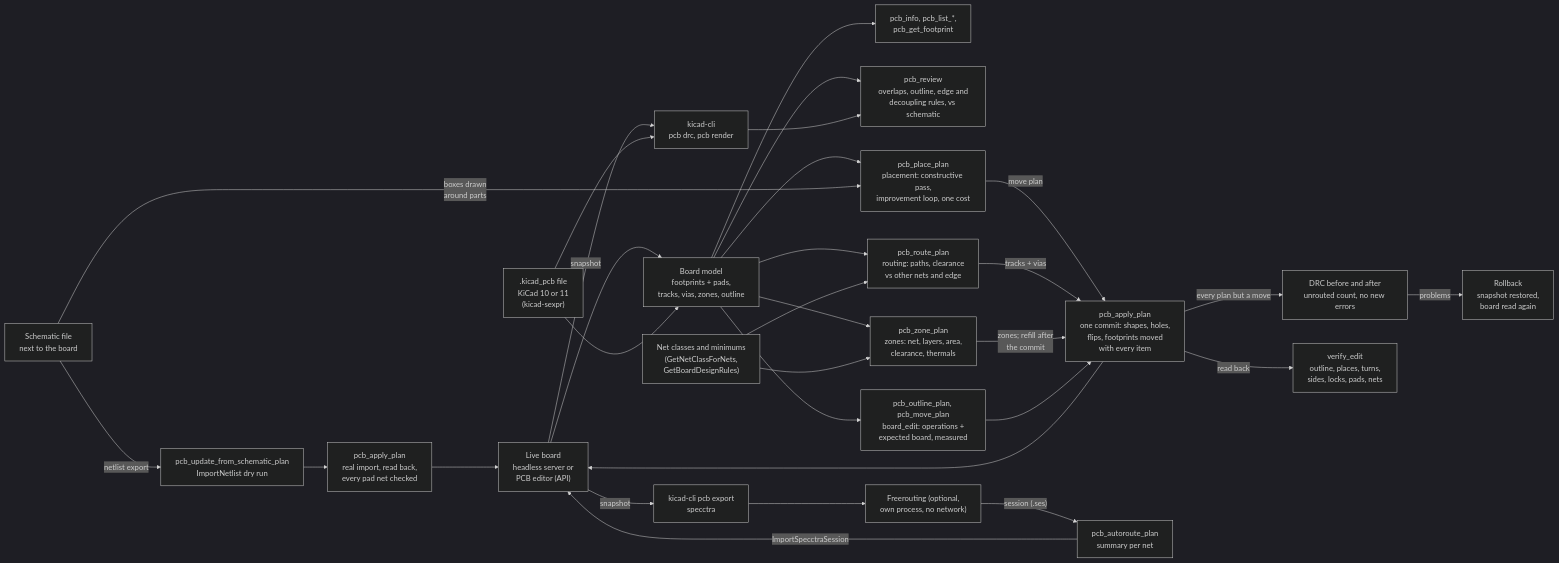
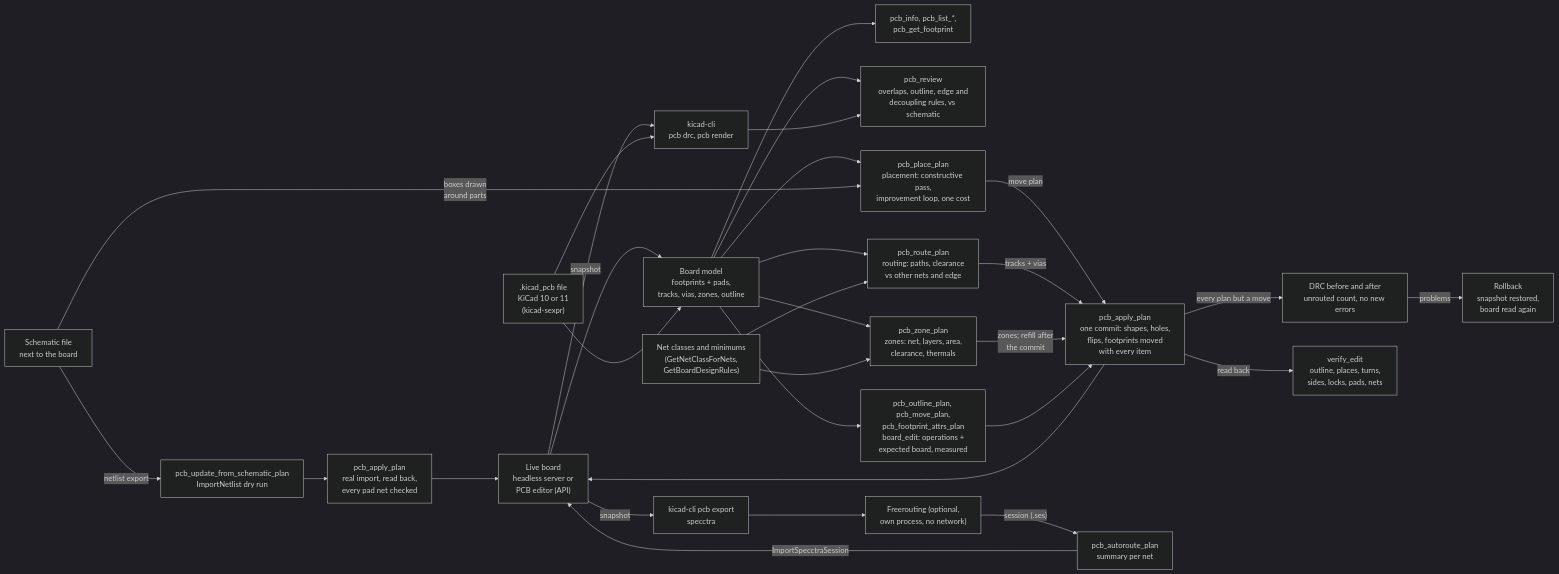
Before and after one commit to bkrajendra/thingsvu-tools: diagram 11 of 13 in docs/architecture.md, drawn with Mermaid (dark theme). The commit also changed 27 other files, not shown here.

````diff
--- a/docs/architecture.md
+++ b/docs/architecture.md
@@ -257,32 +257,32 @@
 ```mermaid
 flowchart LR
     LIVE["Live board<br/>headless server or<br/>PCB editor (API)"] --> MODEL["Board model<br/>footprints + pads,<br/>tracks, vias, zones, outline"]
     FILE[".kicad_pcb file<br/>KiCad 10 or 11<br/>(kicad-sexpr)"] --> MODEL
     MODEL --> READ["pcb_info, pcb_list_*,<br/>pcb_get_footprint"]
     MODEL --> REVIEW["pcb_review<br/>overlaps, outline, edge and<br/>decoupling rules, vs schematic"]
     LIVE -->|"snapshot"| CLI["kicad-cli<br/>pcb drc, pcb render"]
     FILE --> CLI
     CLI --> REVIEW
     SCH["Schematic file<br/>next to the board"] -->|"netlist export"| PLAN["pcb_update_from_schematic_plan<br/>ImportNetlist dry run"]
     PLAN --> APPLY["pcb_apply_plan<br/>real import, read back,<br/>every pad net checked"]
     APPLY --> LIVE
-    MODEL --> EDIT["pcb_outline_plan, pcb_move_plan<br/>board_edit: operations +<br/>expected board, measured"]
+    MODEL --> EDIT["pcb_outline_plan, pcb_move_plan,<br/>pcb_footprint_attrs_plan<br/>board_edit: operations +<br/>expected board, measured"]
     MODEL --> PLACE["pcb_place_plan<br/>placement: constructive pass,<br/>improvement loop, one cost"]
     SCH -->|"boxes drawn<br/>around parts"| PLACE
     PLACE -->|"move plan"| APPLYE
     MODEL --> ROUTE["pcb_route_plan<br/>routing: paths, clearance<br/>vs other nets and edge"]
     RULES["Net classes and minimums<br/>(GetNetClassForNets,<br/>GetBoardDesignRules)"] --> ROUTE
     ROUTE -->|"tracks + vias"| APPLYE
     MODEL --> ZONE["pcb_zone_plan<br/>zones: net, layers, area,<br/>clearance, thermals"]
     RULES --> ZONE
     ZONE -->|"zones; refill after<br/>the commit"| APPLYE
     LIVE -->|"snapshot"| DSN["kicad-cli pcb export<br/>specctra"]
     DSN --> FR["Freerouting (optional,<br/>own process, no network)"]
     FR -->|"session (.ses)"| AUTO["pcb_autoroute_plan<br/>summary per net"]
     AUTO -->|"ImportSpecctraSession"| LIVE
     APPLYE -->|"every plan but a move"| DRCBA["DRC before and after<br/>unrouted count, no new errors"]
     DRCBA -->|"problems"| ROLL["Rollback<br/>snapshot restored,<br/>board read again"]
     EDIT --> APPLYE["pcb_apply_plan<br/>one commit: shapes, holes,<br/>flips, footprints moved<br/>with every item"]
     APPLYE --> LIVE
     APPLYE -->|"read back"| VERIFY["verify_edit<br/>outline, places, turns,<br/>sides, locks, pads, nets"]
 ```
````
